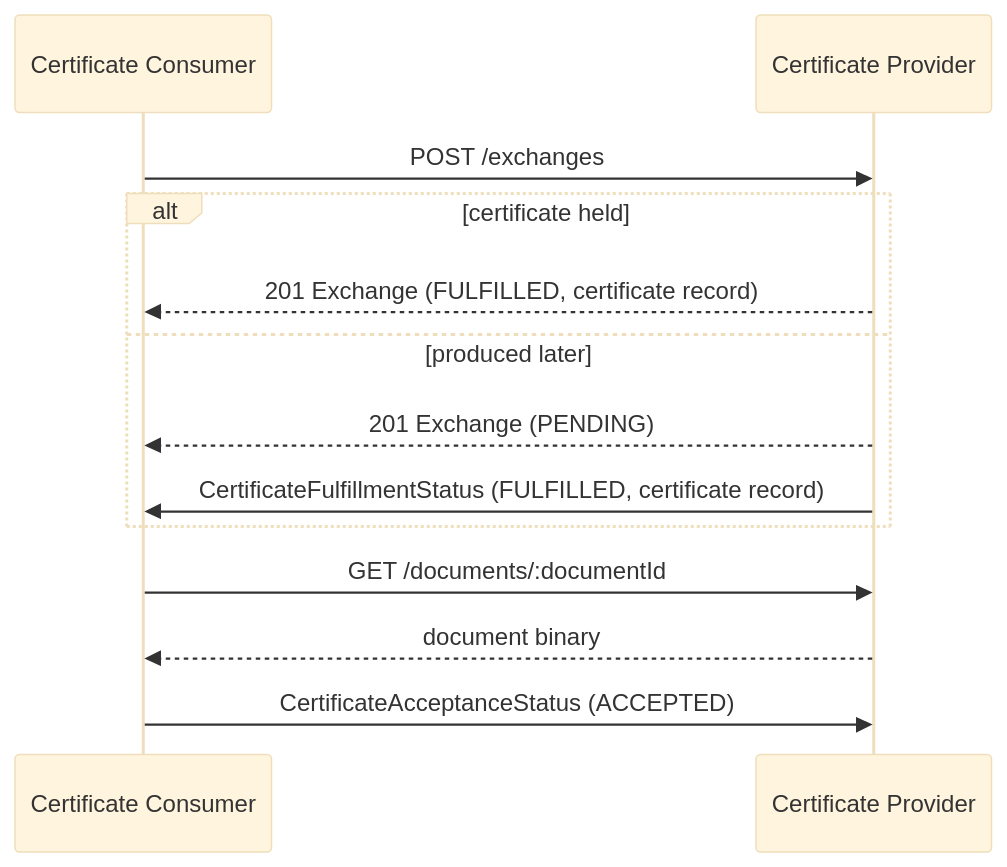
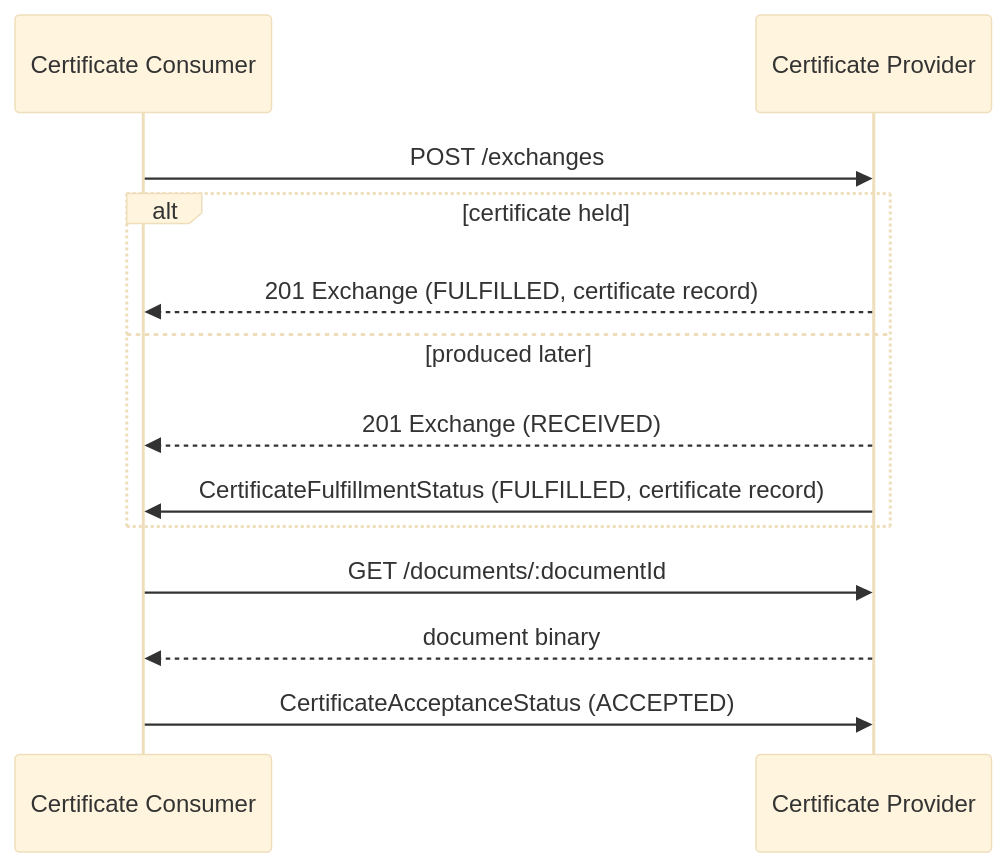
The third of 3 diagrams in docs/sce/certificate-exchange.md (Metaform/certo), drawn with Mermaid (base theme) before and after one commit. The commit also changed other lines of this file and 25 other files, not shown here.

Commit message:
feat: rename pending to received

````diff
--- a/docs/sce/certificate-exchange.md
+++ b/docs/sce/certificate-exchange.md
@@ -403,15 +403,15 @@
 ```mermaid
 sequenceDiagram
     participant con as Certificate Consumer
     participant prov as Certificate Provider
     con ->> prov: POST /exchanges
     alt certificate held
         prov -->> con: 201 Exchange (FULFILLED, certificate record)
     else produced later
-        prov -->> con: 201 Exchange (PENDING)
+        prov -->> con: 201 Exchange (RECEIVED)
         prov ->> con: CertificateFulfillmentStatus (FULFILLED, certificate record)
     end
     con ->> prov: GET /documents/:documentId
     prov -->> con: document binary
     con ->> prov: CertificateAcceptanceStatus (ACCEPTED)
 ```
````
